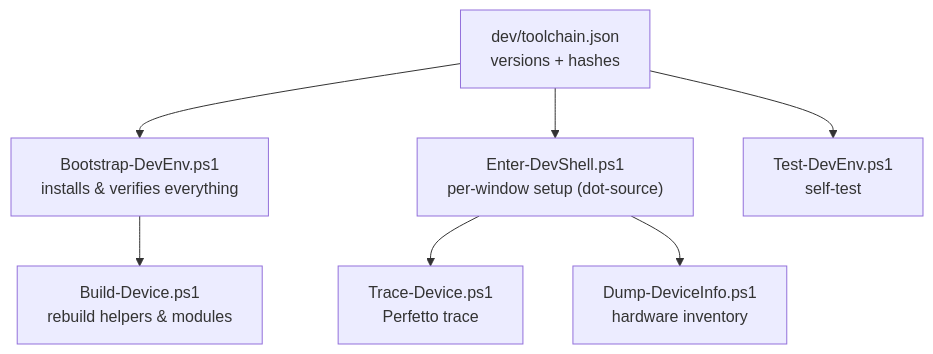
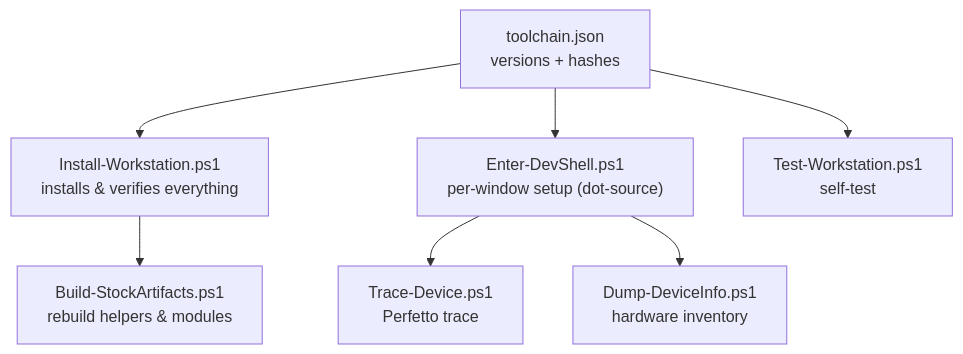
The diagram in docs/reference/environment.md (jim-wyatt/MotoRoot), drawn with Mermaid before and after one commit. The commit also changed other lines of this file and 126 other files, not shown here.

First line of the commit message:
WIP restructure: new layout (toolchain.json, image/, stock/, workstation/, deploy/), plan

````diff
--- a/docs/reference/environment.md
+++ b/docs/reference/environment.md
@@ -7,11 +7,11 @@
 ```mermaid
 %%{init: {"flowchart": {"wrappingWidth": 300}}}%%
 flowchart TB
-    T["dev/toolchain.json<br/>versions + hashes"]
-    T --> B["Bootstrap-DevEnv.ps1<br/>installs & verifies everything"]
+    T["toolchain.json<br/>versions + hashes"]
+    T --> B["Install-Workstation.ps1<br/>installs & verifies everything"]
     T --> E["Enter-DevShell.ps1<br/>per-window setup (dot-source)"]
-    T --> TEST["Test-DevEnv.ps1<br/>self-test"]
-    B --> BK["Build-Device.ps1<br/>rebuild helpers & modules"]
+    T --> TEST["Test-Workstation.ps1<br/>self-test"]
+    B --> BK["Build-StockArtifacts.ps1<br/>rebuild helpers & modules"]
     E --> TR["Trace-Device.ps1<br/>Perfetto trace"]
     E --> DI["Dump-DeviceInfo.ps1<br/>hardware inventory"]
 ```
````
